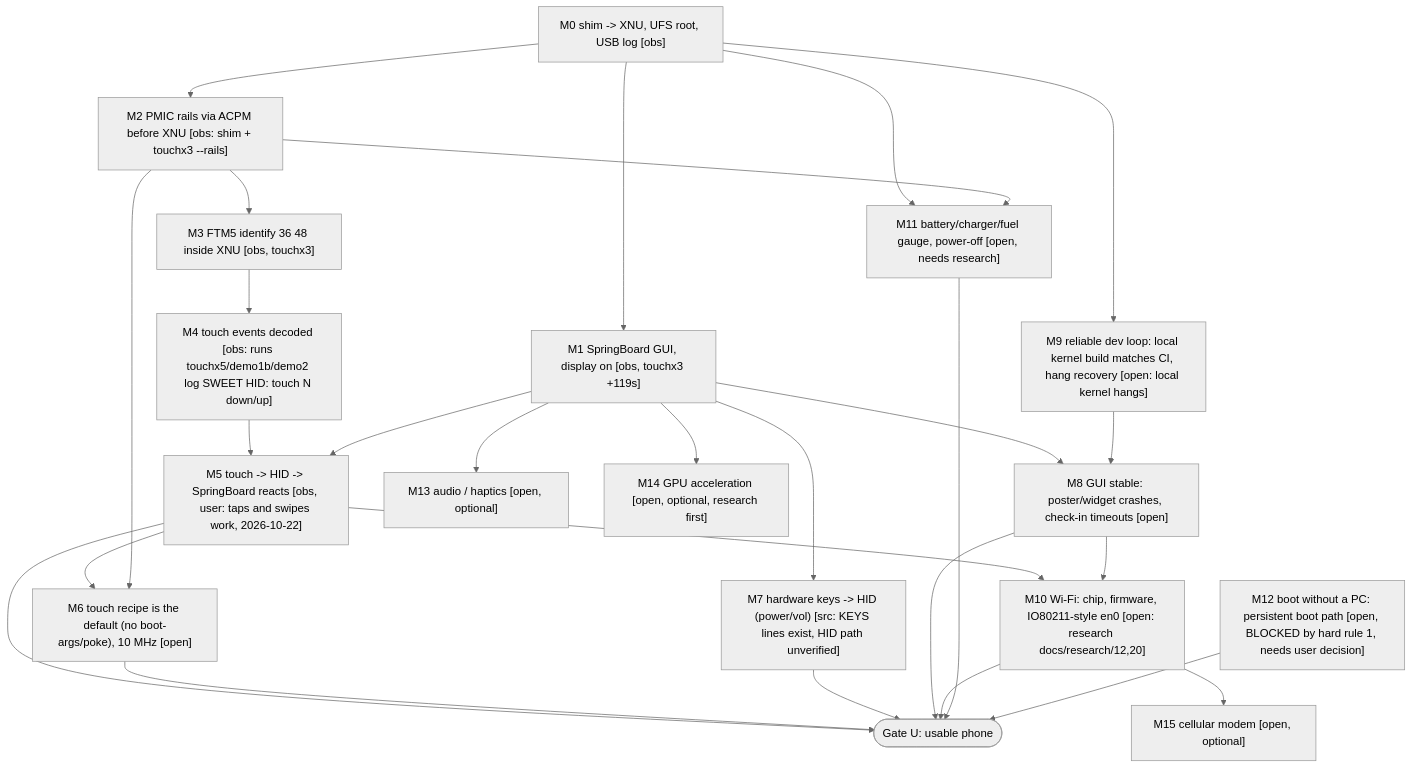
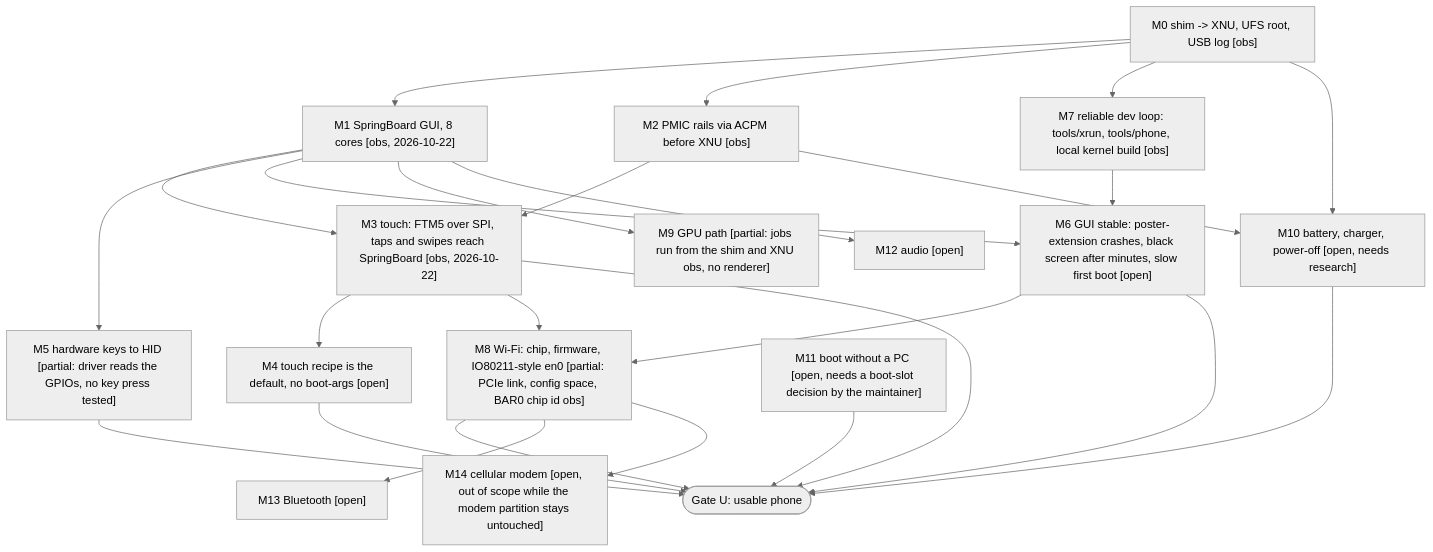
One commit to PixOS-Project/pixelios-site changed the diagram in docs/MILESTONES.md. Above: the diagram before and after it, drawn with Mermaid (neutral theme). The commit also changed other lines of this file and 10 other files, not shown here.

Commit message:
docs review: refresh Wi-Fi status (BAR0 chip id), rewrite plan/milestones/case study as current state, ios-sweet is MIT, fix map and stale notes

````diff
--- a/docs/MILESTONES.md
+++ b/docs/MILESTONES.md
@@ -8,47 +8,44 @@
 ```mermaid
 graph TD
   M0["M0 shim -> XNU, UFS root, USB log [obs]"]
-  M1["M1 SpringBoard GUI, display on [obs, touchx3 +119s]"]
-  M2["M2 PMIC rails via ACPM before XNU [obs: shim + touchx3 --rails]"]
-  M3["M3 FTM5 identify 36 48 inside XNU [obs, touchx3]"]
-  M4["M4 touch events decoded [obs: runs touchx5/demo1b/demo2 log SWEET HID: touch N down/up]"]
-  M5["M5 touch -> HID -> SpringBoard reacts [obs, user: taps and swipes work, 2026-10-22]"]
-  M6["M6 touch recipe is the default (no boot-args/poke), 10 MHz [open]"]
-  M7["M7 hardware keys -> HID (power/vol) [src: KEYS lines exist, HID path unverified]"]
-  M8["M8 GUI stable: poster/widget crashes, check-in timeouts [open]"]
-  M9["M9 reliable dev loop: local kernel build matches CI, hang recovery [open: local kernel hangs]"]
-  M10["M10 Wi-Fi: chip, firmware, IO80211-style en0 [open: research docs/research/12,20]"]
-  M11["M11 battery/charger/fuel gauge, power-off [open, needs research]"]
-  M12["M12 boot without a PC: persistent boot path [open, BLOCKED by hard rule 1, needs user decision]"]
+  M1["M1 SpringBoard GUI, 8 cores [obs, 2026-10-22]"]
+  M2["M2 PMIC rails via ACPM before XNU [obs]"]
+  M3["M3 touch: FTM5 over SPI, taps and swipes reach SpringBoard [obs, 2026-10-22]"]
+  M4["M4 touch recipe is the default, no boot-args [open]"]
+  M5["M5 hardware keys to HID [partial: driver reads the GPIOs, no key press tested]"]
+  M6["M6 GUI stable: poster-extension crashes, black screen after minutes, slow first boot [open]"]
+  M7["M7 reliable dev loop: tools/xrun, tools/phone, local kernel build [obs]"]
+  M8["M8 Wi-Fi: chip, firmware, IO80211-style en0 [partial: PCIe link, config space, BAR0 chip id obs]"]
+  M9["M9 GPU path [partial: jobs run from the shim and XNU obs, no renderer]"]
+  M10["M10 battery, charger, power-off [open, needs research]"]
+  M11["M11 boot without a PC [open, needs a boot-slot decision by the maintainer]"]
   GU(["Gate U: usable phone"])
-  M13["M13 audio / haptics [open, optional]"]
-  M14["M14 GPU acceleration [open, optional, research first]"]
-  M15["M15 cellular modem [open, optional]"]
+  M12["M12 audio [open]"]
+  M13["M13 Bluetooth [open]"]
+  M14["M14 cellular modem [open, out of scope while the modem partition stays untouched]"]
 
   M0 --> M1
   M0 --> M2
   M2 --> M3
+  M1 --> M3
   M3 --> M4
-  M4 --> M5
   M1 --> M5
-  M5 --> M6
-  M2 --> M6
-  M1 --> M7
-  M1 --> M8
-  M0 --> M9
-  M9 --> M8
-  M5 --> M10
-  M8 --> M10
-  M0 --> M11
-  M2 --> M11
+  M0 --> M7
+  M7 --> M6
+  M1 --> M6
+  M6 --> M8
+  M3 --> M8
+  M1 --> M9
+  M0 --> M10
+  M2 --> M10
+  M3 --> GU
+  M4 --> GU
   M5 --> GU
   M6 --> GU
-  M7 --> GU
   M8 --> GU
   M10 --> GU
   M11 --> GU
-  M12 --> GU
-  M1 --> M13
-  M1 --> M14
-  M10 --> M15
+  M1 --> M12
+  M8 --> M13
+  M8 --> M14
 ```
````
